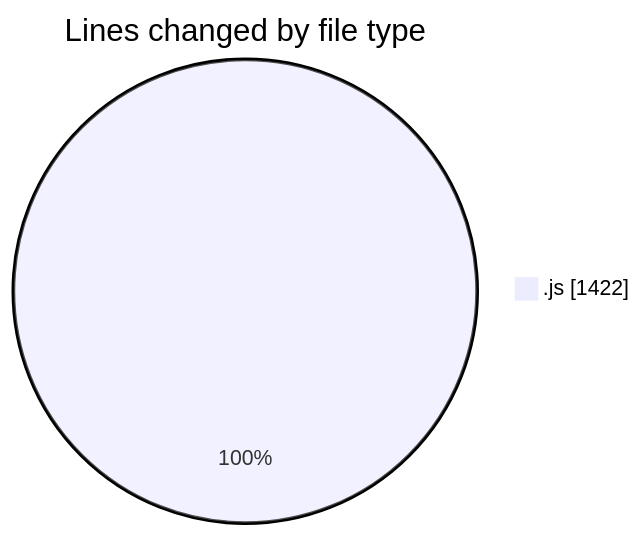
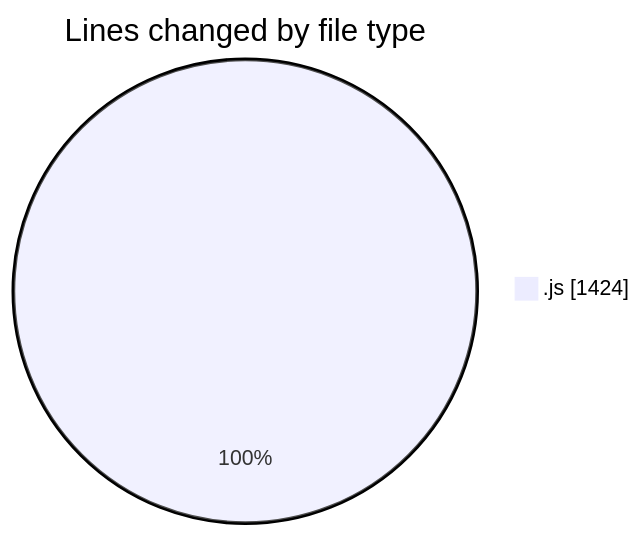
Before and after one commit to momahboobian/code-tracking: the first of 2 diagrams in 2025-03-13/cda/README.md, drawn with Mermaid. The commit also changed other lines of this file and 1 other file, not shown here.

````diff
--- a/2025-03-13/cda/README.md
+++ b/2025-03-13/cda/README.md
@@ -22,5 +22,5 @@
 ```mermaid
 pie showData
 title Lines changed by file type
-".js" : 1422
+".js" : 1424
 ```
````
